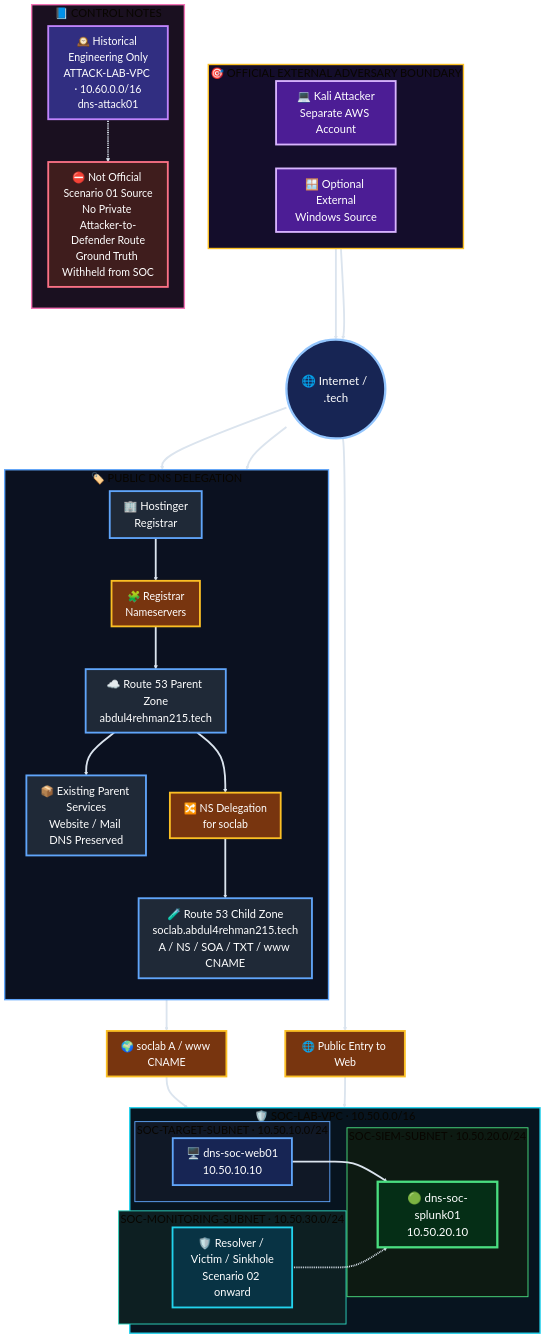
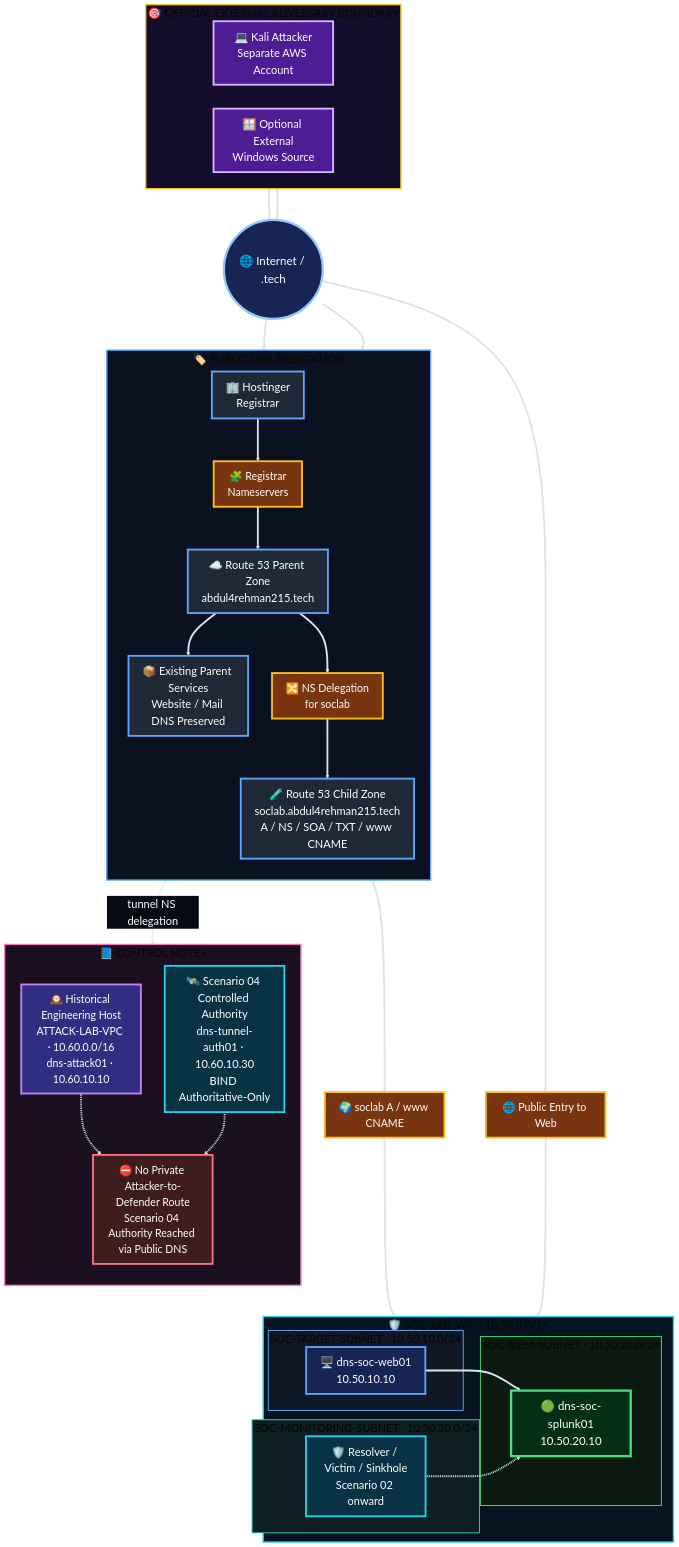
The diagram in 01-network-architecture/diagrams/base-network.mmd (DNSentinel-Lab/DNS-Lab-Infrastructure), drawn with Mermaid before and after one commit. The commit also changed 9 other files, not shown here.

```diff
--- a/01-network-architecture/diagrams/base-network.mmd
+++ b/01-network-architecture/diagrams/base-network.mmd
@@ -1,157 +1,162 @@
 %%{init: {
   "theme": "base",
   "themeVariables": {
     "background": "#070b14",
     "fontSize": "24px",
     "primaryTextColor": "#ffffff",
     "lineColor": "#dbe4ee",
     "edgeLabelBackground": "#070b14"
   },
   "flowchart": {
     "nodeSpacing": 52,
     "rankSpacing": 68,
     "curve": "basis"
   }
 }}%%
 
 flowchart TB
 
     %% =====================================================
     %% EXTERNAL ADVERSARY
     %% =====================================================
     subgraph EXT["🎯 OFFICIAL EXTERNAL ADVERSARY BOUNDARY"]
         direction LR
         KA["💻 Kali Attacker<br/>Separate AWS Account"]
         WIN["🪟 Optional External<br/>Windows Source"]
     end
 
     INTERNET(("🌐 Internet / .tech"))
 
 
     %% =====================================================
     %% PUBLIC DNS DELEGATION
     %% =====================================================
     subgraph DNS["🏷️ PUBLIC DNS DELEGATION"]
         direction TB
 
         Registrar["🏢 Hostinger<br/>Registrar"]
         REG["🧩 Registrar<br/>Nameservers"]
 
         Parent["☁️ Route 53 Parent Zone<br/>abdul4rehman215.tech"]
 
         Existing["📦 Existing Parent Services<br/>Website / Mail DNS Preserved"]
 
         DELEG["🔀 NS Delegation<br/>for soclab"]
 
         Child["🧪 Route 53 Child Zone<br/>soclab.abdul4rehman215.tech<br/>A / NS / SOA / TXT / www CNAME"]
 
         Registrar ==> REG ==> Parent
         Parent ==> Existing
         Parent ==> DELEG ==> Child
     end
 
 
     %% =====================================================
     %% CONTROL NOTES
     %% =====================================================
     subgraph GOV["📘 CONTROL NOTES"]
         direction TB
 
-        H["🕰️ Historical Engineering Only<br/>ATTACK-LAB-VPC · 10.60.0.0/16<br/>dns-attack01"]
+        H["🕰️ Historical Engineering Host<br/>ATTACK-LAB-VPC · 10.60.0.0/16<br/>dns-attack01 · 10.60.10.10"]
 
-        X["⛔ Not Official Scenario 01 Source<br/>No Private Attacker-to-Defender Route<br/>Ground Truth Withheld from SOC"]
+        TA["🛰️ Scenario 04 Controlled Authority<br/>dns-tunnel-auth01 · 10.60.10.30<br/>BIND Authoritative-Only"]
+
+        X["⛔ No Private Attacker-to-Defender Route<br/>Scenario 04 Authority Reached via Public DNS"]
 
         H -.-> X
+        TA -.-> X
     end
 
 
     %% =====================================================
     %% SOC LAB VPC
     %% =====================================================
     subgraph LAB["🛡️ SOC-LAB-VPC · 10.50.0.0/16"]
         direction LR
 
         subgraph TGT["SOC-TARGET-SUBNET · 10.50.10.0/24"]
             W["🖥️ dns-soc-web01<br/>10.50.10.10"]
         end
 
         subgraph SIEM["SOC-SIEM-SUBNET · 10.50.20.0/24"]
             S["🟢 dns-soc-splunk01<br/>10.50.20.10"]
         end
 
         subgraph MON["SOC-MONITORING-SUBNET · 10.50.30.0/24"]
             M["🛡️ Resolver / Victim / Sinkhole<br/>Scenario 02 onward"]
         end
     end
 
 
     %% =====================================================
     %% READABLE FLOW LABEL CARDS
     %% =====================================================
     RES["🌍 soclab A / www CNAME"]
     WEBPUB["🌐 Public Entry to Web"]
 
 
     %% =====================================================
     %% FLOW
     %% =====================================================
     KA ==> INTERNET
     WIN ==> INTERNET
 
     INTERNET ==> Parent
     INTERNET ==> Child
 
     Child ==> RES ==> W
+    Child -. "tunnel NS delegation" .-> TA
     INTERNET ==> WEBPUB ==> W
 
     W ==> S
     M -.-> S
 
 
     %% =====================================================
     %% PREMIUM STYLES
     %% =====================================================
     classDef external fill:#4c1d95,stroke:#d8b4fe,stroke-width:4px,color:#ffffff,font-size:24px;
     classDef internet fill:#172554,stroke:#93c5fd,stroke-width:5px,color:#ffffff,font-size:25px;
 
     classDef dns fill:#1f2937,stroke:#60a5fa,stroke-width:4px,color:#ffffff,font-size:24px;
     classDef dnsLabel fill:#78350f,stroke:#fbbf24,stroke-width:4px,color:#ffffff,font-size:23px;
 
     classDef control fill:#3f1d1d,stroke:#fb7185,stroke-width:4px,color:#ffffff,font-size:23px;
     classDef history fill:#312e81,stroke:#c084fc,stroke-width:4px,color:#ffffff,font-size:23px;
 
     classDef web fill:#172554,stroke:#60a5fa,stroke-width:4px,color:#ffffff,font-size:24px;
     classDef splunk fill:#052e16,stroke:#4ade80,stroke-width:5px,color:#ffffff,font-size:25px;
     classDef monitor fill:#083344,stroke:#22d3ee,stroke-width:4px,color:#ffffff,font-size:24px;
 
     class KA,WIN external;
     class INTERNET internet;
 
     class Registrar,Parent,Child,Existing dns;
     class REG,DELEG,RES,WEBPUB dnsLabel;
 
     class H history;
+    class TA monitor;
     class X control;
 
     class W web;
     class S splunk;
     class M monitor;
 
 
     %% =====================================================
     %% CONTAINER STYLES
     %% =====================================================
     style EXT fill:#140d2b,stroke:#fbbf24,stroke-width:3px
     style DNS fill:#0b1120,stroke:#60a5fa,stroke-width:3px
     style GOV fill:#1a1020,stroke:#f472b6,stroke-width:3px
     style LAB fill:#07141f,stroke:#22d3ee,stroke-width:3px
 
     style TGT fill:#101826,stroke:#60a5fa,stroke-width:2px
     style SIEM fill:#0d1a12,stroke:#4ade80,stroke-width:2px
     style MON fill:#0d1f22,stroke:#2dd4bf,stroke-width:2px
 
 
     %% =====================================================
     %% BRIGHT CONNECTORS
     %% =====================================================
     linkStyle default stroke:#dbe4ee,stroke-width:4px;
```
